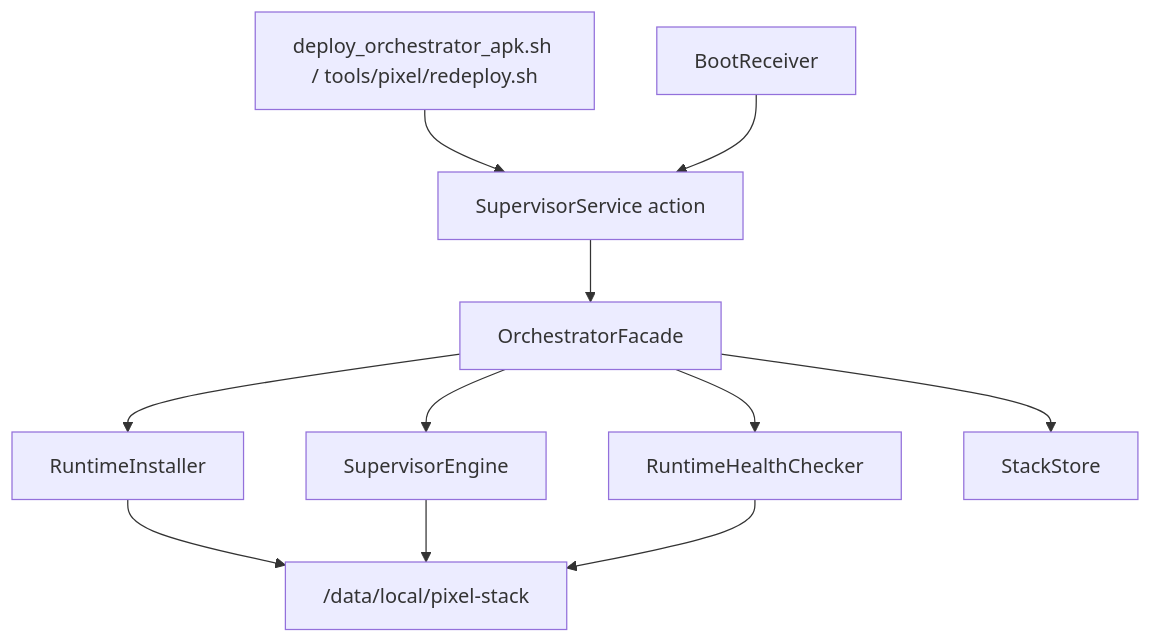
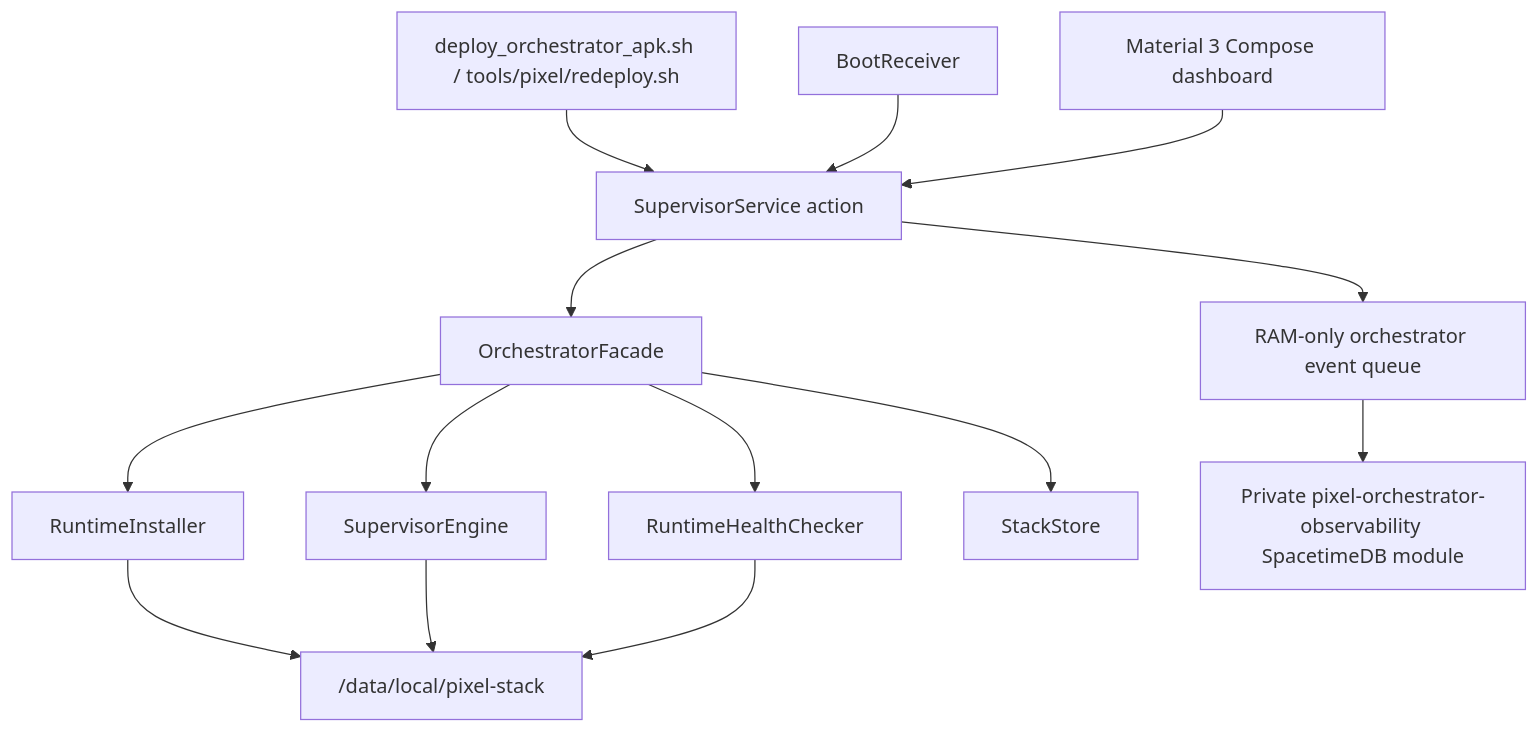
The first of 2 diagrams in docs/architecture/PIXEL_STACK_ARCHITECTURE.md (ropepop/pixel-phone), drawn with Mermaid before and after one commit. The commit also changed other lines of this file and 830 other files, not shown here.

````diff
--- a/docs/architecture/PIXEL_STACK_ARCHITECTURE.md
+++ b/docs/architecture/PIXEL_STACK_ARCHITECTURE.md
@@ -27,13 +27,16 @@
 ```mermaid
 flowchart TD
   A["deploy_orchestrator_apk.sh / tools/pixel/redeploy.sh"] --> B["SupervisorService action"]
   C["BootReceiver"] --> B
+  UI["Material 3 Compose dashboard"] --> B
   B --> D["OrchestratorFacade"]
   D --> E["RuntimeInstaller"]
   D --> F["SupervisorEngine"]
   D --> G["RuntimeHealthChecker"]
   D --> H["StackStore"]
   E --> I["/data/local/pixel-stack"]
   F --> I
   G --> I
+  B --> O["RAM-only orchestrator event queue"]
+  O --> P["Private pixel-orchestrator-observability SpacetimeDB module"]
 ```
````
